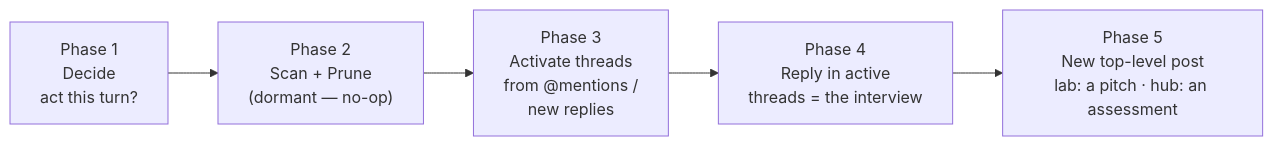
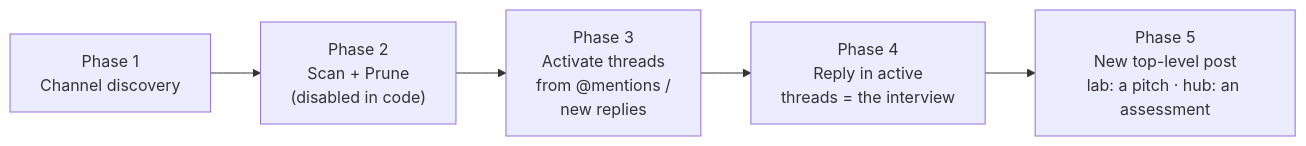
Before and after one commit to SuLab/coPI.science: the second of 3 diagrams in docs/specs/2026-08-07-hub-lab-flow.md, drawn with Mermaid. The commit also changed other lines of this file, not shown here.

Commit message:
docs(specs): correct the flow schematic — phase-1 label, auto-activation intake, disabled-in-code phase 2, one pitch per day

````diff
--- a/docs/specs/2026-08-07-hub-lab-flow.md
+++ b/docs/specs/2026-08-07-hub-lab-flow.md
@@ -58,10 +59,10 @@
 ```mermaid
 flowchart LR
-    P1["Phase 1<br/>Decide<br/>act this turn?"]
-    P2["Phase 2<br/>Scan + Prune<br/>(dormant — no-op)"]
+    P1["Phase 1<br/>Channel discovery"]
+    P2["Phase 2<br/>Scan + Prune<br/>(disabled in code)"]
     P3["Phase 3<br/>Activate threads<br/>from @mentions /<br/>new replies"]
     P4["Phase 4<br/>Reply in active<br/>threads = the interview"]
     P5["Phase 5<br/>New top-level post<br/>lab: a pitch · hub: an assessment"]
 
     P1 --> P2 --> P3 --> P4 --> P5
 ```
````
